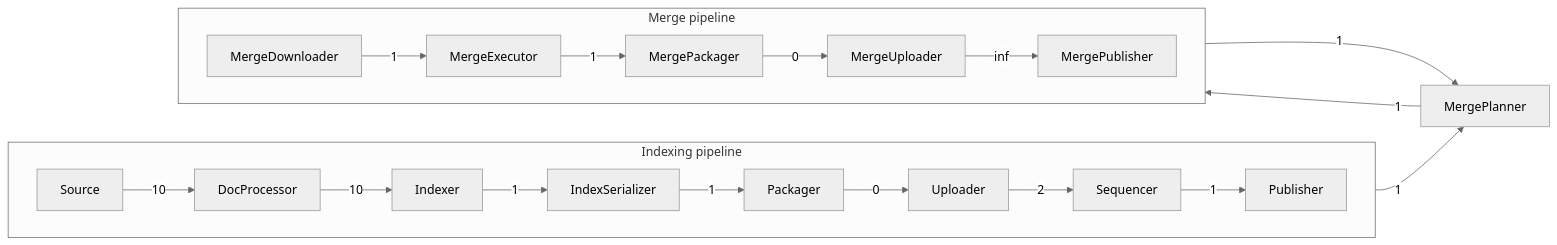
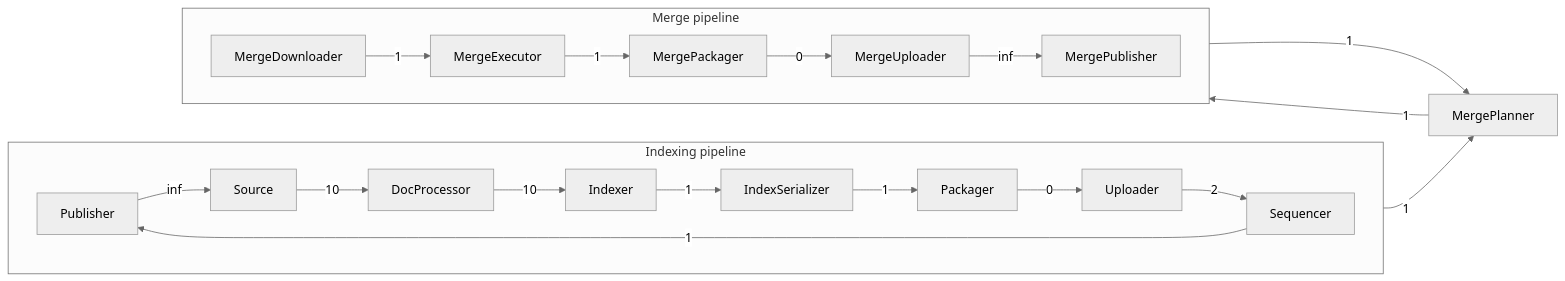
The diagram in quickwit/quickwit-indexing/README.md (quickwit-oss/quickwit), drawn with Mermaid (neutral theme) before and after one commit. The commit also changed 9 other files, not shown here.

````diff
--- a/quickwit/quickwit-indexing/README.md
+++ b/quickwit/quickwit-indexing/README.md
@@ -1,23 +1,24 @@
 ```mermaid
 flowchart LR
     subgraph Indexing pipeline
         direction LR
+        publisher --inf--> source
         source[Source] --10--> doc_processor
         doc_processor[DocProcessor] --10--> indexer
         indexer[Indexer] --1--> serializer
         serializer[IndexSerializer] --1--> packager
         packager[Packager] --0--> uploader
         uploader[Uploader] --2--> sequencer
         sequencer[Sequencer] --1--> publisher
     end
     subgraph Merge pipeline
         direction LR
         merge_downloader[MergeDownloader] --1--> merge_executor
         merge_executor[MergeExecutor] --1--> merge_packager
         merge_packager[MergePackager] --0--> merge_uploader
         merge_uploader[MergeUploader] --inf--> merge_publisher
     end
     merge_planner[MergePlanner] --1--> merge_downloader
     merge_publisher[MergePublisher] --1--> merge_planner
     publisher[Publisher] --1--> merge_planner
 ```
````
